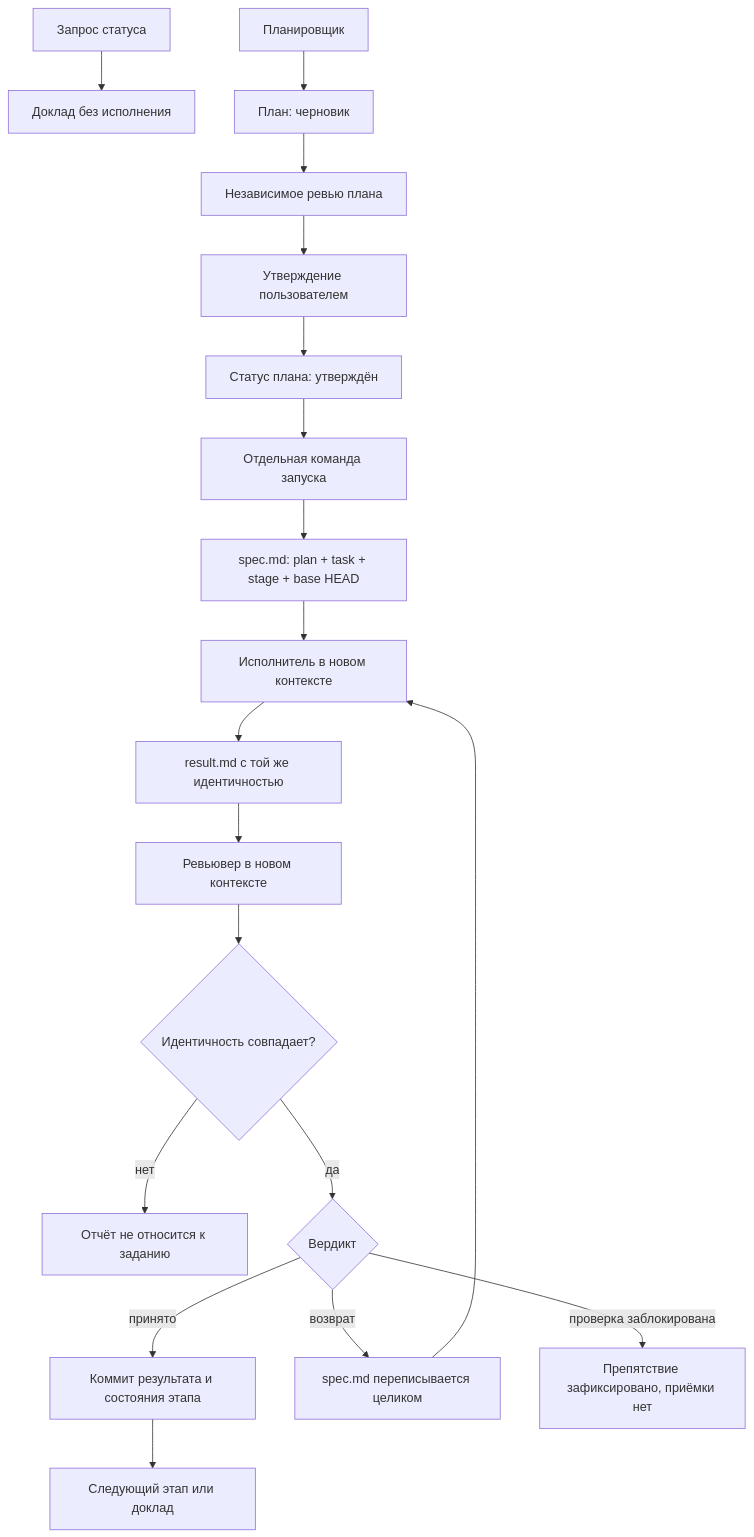
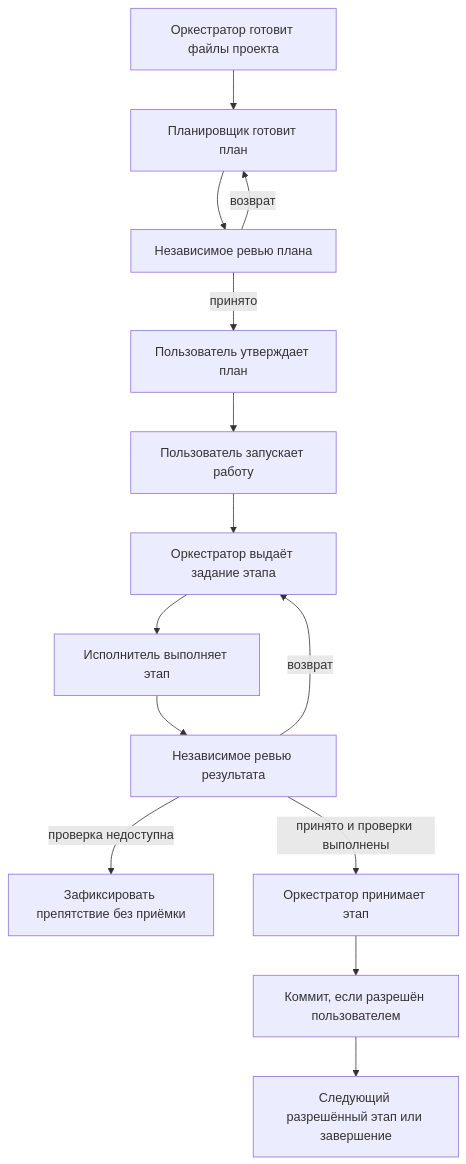
One commit to asaf1n/AI-Orchestrated-Workflow changed the diagram in README.md. Above: the diagram before and after it, drawn with Mermaid. The commit also changed other lines of this file and 9 other files, not shown here.

````diff
--- a/README.md
+++ b/README.md
@@ -21,21 +55,16 @@
 ```mermaid
 flowchart TD
-  status[Запрос статуса] --> report[Доклад без исполнения]
-  planner[Планировщик] --> draft[План: черновик]
-  draft --> planReview[Независимое ревью плана]
-  planReview --> approve[Утверждение пользователем]
-  approve --> mark[Статус плана: утверждён]
-  mark --> start[Отдельная команда запуска]
-  start --> spec[spec.md: plan + task + stage + base HEAD]
-  spec --> impl[Исполнитель в новом контексте]
-  impl --> result[result.md с той же идентичностью]
-  result --> review[Ревьювер в новом контексте]
-  review --> identity{Идентичность совпадает?}
-  identity -->|нет| stale[Отчёт не относится к заданию]
-  identity -->|да| verdict{Вердикт}
-  verdict -->|принято| commit[Коммит результата и состояния этапа]
-  verdict -->|возврат| rewrite[spec.md переписывается целиком]
-  verdict -->|проверка заблокирована| blocked[Препятствие зафиксировано, приёмки нет]
-  rewrite --> impl
-  commit --> next[Следующий этап или доклад]
+    prepare[Оркестратор готовит файлы проекта] --> plan[Планировщик готовит план]
+    plan --> planReview[Независимое ревью плана]
+    planReview -->|возврат| plan
+    planReview -->|принято| approve[Пользователь утверждает план]
+    approve --> start[Пользователь запускает работу]
+    start --> spec[Оркестратор выдаёт задание этапа]
+    spec --> implement[Исполнитель выполняет этап]
+    implement --> review[Независимое ревью результата]
+    review -->|возврат| spec
+    review -->|проверка недоступна| blocked[Зафиксировать препятствие без приёмки]
+    review -->|принято и проверки выполнены| accept[Оркестратор принимает этап]
+    accept --> commit[Коммит, если разрешён пользователем]
+    commit --> next[Следующий разрешённый этап или завершение]
 ```
````
